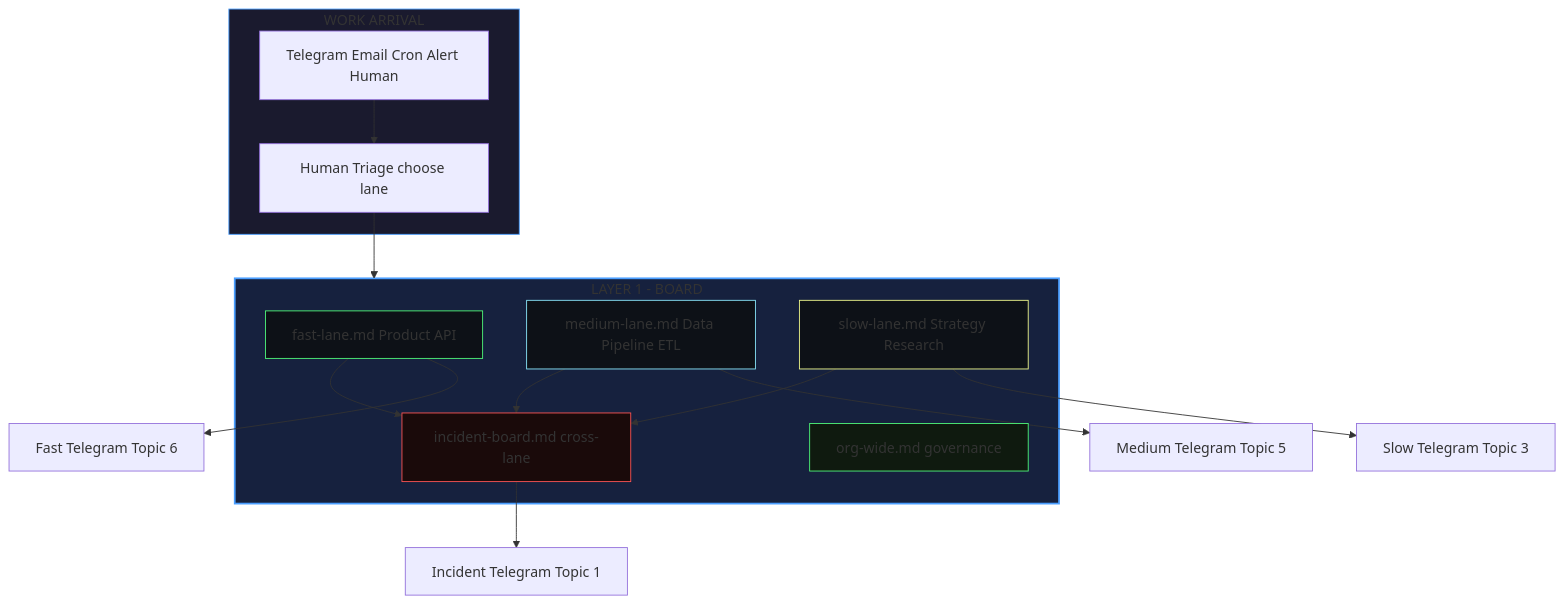
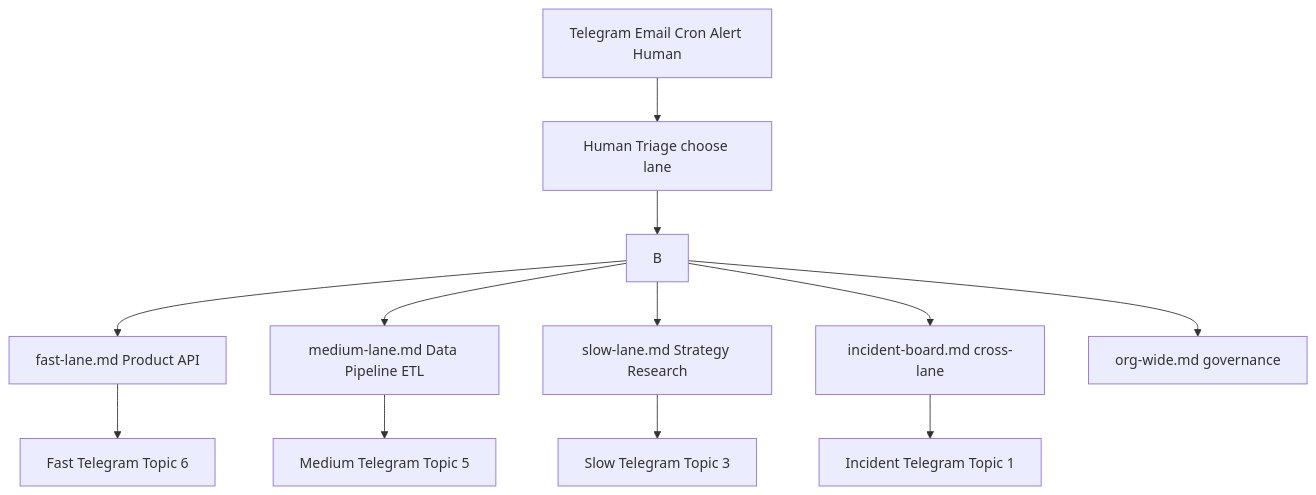
One commit to mmartoccia/ghost-orchestration-pattern changed the diagram in diagrams/BOARD_LAYER.mmd. Above: the diagram before and after it, drawn with Mermaid. The commit also changed 4 other files, not shown here.

Commit message:
Strip all styling - GitHub Mermaid uses older version without fill/stroke support

````diff
--- a/diagrams/BOARD_LAYER.mmd
+++ b/diagrams/BOARD_LAYER.mmd
@@ -1,30 +1,16 @@
 ```mermaid
 flowchart TB
-    subgraph IN["WORK ARRIVAL"]
-        MSG["Telegram Email Cron Alert Human"]
-        TRIAGE["Human Triage choose lane"]
-    end
-    MSG --> TRIAGE
-    subgraph BOARD["LAYER 1 - BOARD"]
-        FL["fast-lane.md Product API"]
-        ML["medium-lane.md Data Pipeline ETL"]
-        SL["slow-lane.md Strategy Research"]
-        IB["incident-board.md cross-lane"]
-        OW["org-wide.md governance"]
-        FL --> IB
-        ML --> IB
-        SL --> IB
-    end
-    TRIAGE --> BOARD
-    FL --> N1["Fast Telegram Topic 6"]
-    ML --> N2["Medium Telegram Topic 5"]
-    SL --> N3["Slow Telegram Topic 3"]
-    IB --> N4["Incident Telegram Topic 1"]
-    style IN fill:#1a1a2e,stroke:#4a9eff,stroke-width:1px
-    style BOARD fill:#16213e,stroke:#4a9eff,stroke-width:2px
-    style FL fill:#0d1117,stroke:#50fa7b,stroke-width:1px
-    style ML fill:#0d1117,stroke:#8be9fd,stroke-width:1px
-    style SL fill:#0d1117,stroke:#f1fa8c,stroke-width:1px
-    style IB fill:#1a0a0a,stroke:#ff5555,stroke-width:1px
-    style OW fill:#0f1a0f,stroke:#50fa7b,stroke-width:1px
+    M["Telegram Email Cron Alert Human"]
+    T["Human Triage choose lane"]
+    M --> T
+    B --> F["fast-lane.md Product API"]
+    B --> M2["medium-lane.md Data Pipeline ETL"]
+    B --> S["slow-lane.md Strategy Research"]
+    B --> I["incident-board.md cross-lane"]
+    B --> O["org-wide.md governance"]
+    T --> B
+    F --> N1["Fast Telegram Topic 6"]
+    M2 --> N2["Medium Telegram Topic 5"]
+    S --> N3["Slow Telegram Topic 3"]
+    I --> N4["Incident Telegram Topic 1"]
 ```
````
